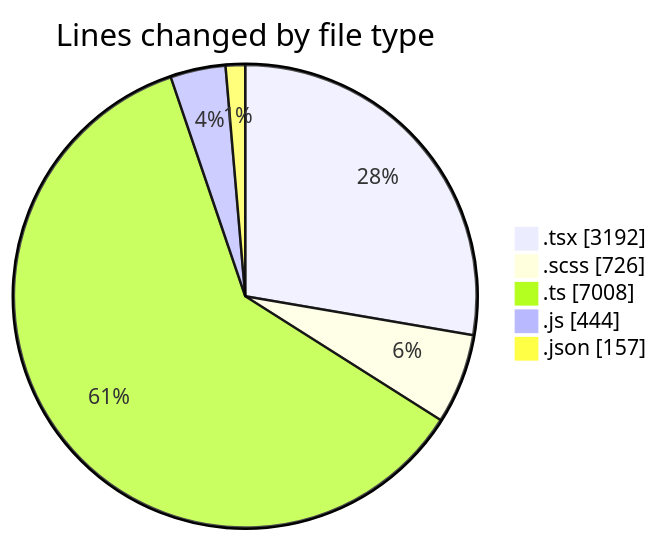
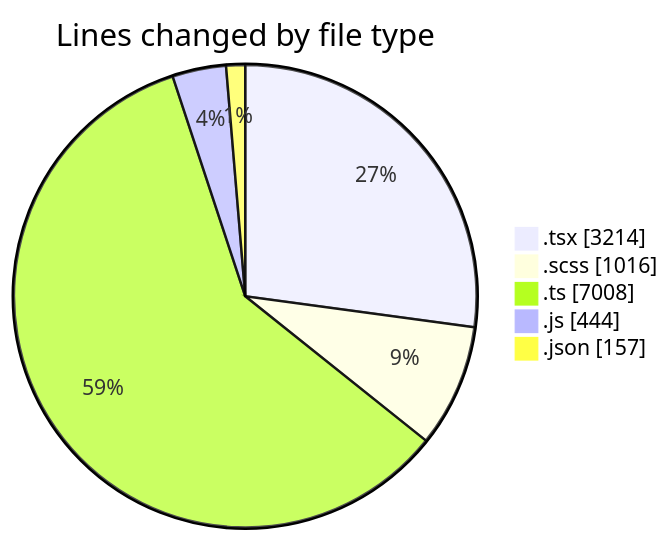
The first of 2 diagrams in 2026-04-23/cda/README.md (momahboobian/code-tracking), drawn with Mermaid before and after one commit. The commit also changed other lines of this file and 1 other file, not shown here.

````diff
--- a/2026-04-23/cda/README.md
+++ b/2026-04-23/cda/README.md
@@ -41,9 +41,9 @@
 ```mermaid
 pie showData
 title Lines changed by file type
-".tsx" : 3192
-".scss" : 726
+".tsx" : 3214
+".scss" : 1016
 ".ts" : 7008
 ".js" : 444
 ".json" : 157
 ```
````
